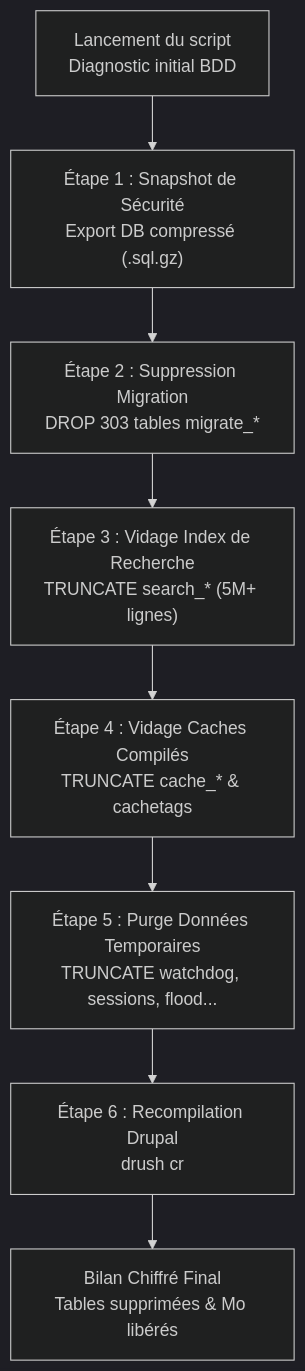
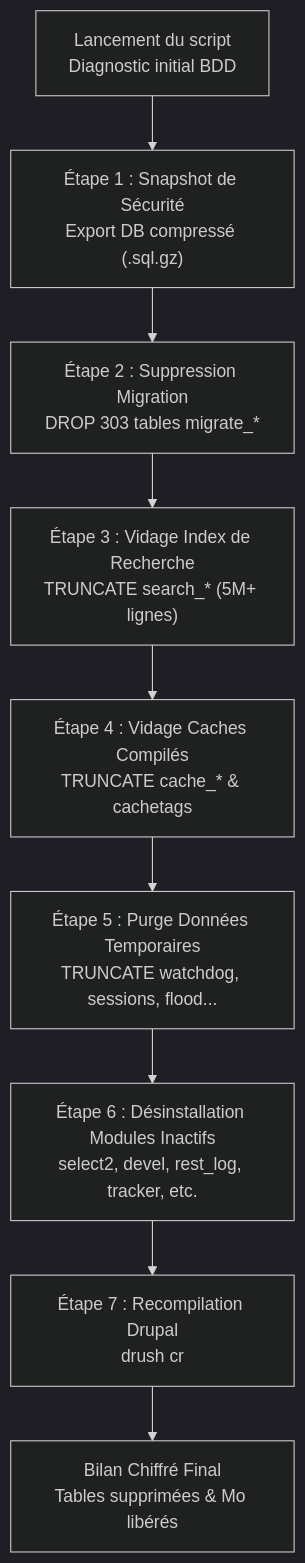
Before and after one commit to ahmedmatri/Aneti-d11: the diagram in Docs/script_nettoyage_bdd.md, drawn with Mermaid (dark theme). The commit also changed other lines of this file and 72 other files, not shown here.

````diff
--- a/Docs/script_nettoyage_bdd.md
+++ b/Docs/script_nettoyage_bdd.md
@@ -22,10 +22,11 @@
 ```mermaid
 flowchart TD
     A["Lancement du script<br>Diagnostic initial BDD"] --> B["Étape 1 : Snapshot de Sécurité<br>Export DB compressé (.sql.gz)"]
     B --> C["Étape 2 : Suppression Migration<br>DROP 303 tables migrate_*"]
     C --> D["Étape 3 : Vidage Index de Recherche<br>TRUNCATE search_* (5M+ lignes)"]
     D --> E["Étape 4 : Vidage Caches Compilés<br>TRUNCATE cache_* & cachetags"]
     E --> F["Étape 5 : Purge Données Temporaires<br>TRUNCATE watchdog, sessions, flood..."]
-    F --> G["Étape 6 : Recompilation Drupal<br>drush cr"]
-    G --> H["Bilan Chiffré Final<br>Tables supprimées & Mo libérés"]
+    F --> G["Étape 6 : Désinstallation Modules Inactifs<br>select2, devel, rest_log, tracker, etc."]
+    G --> H["Étape 7 : Recompilation Drupal<br>drush cr"]
+    H --> I["Bilan Chiffré Final<br>Tables supprimées & Mo libérés"]
 ```
````
